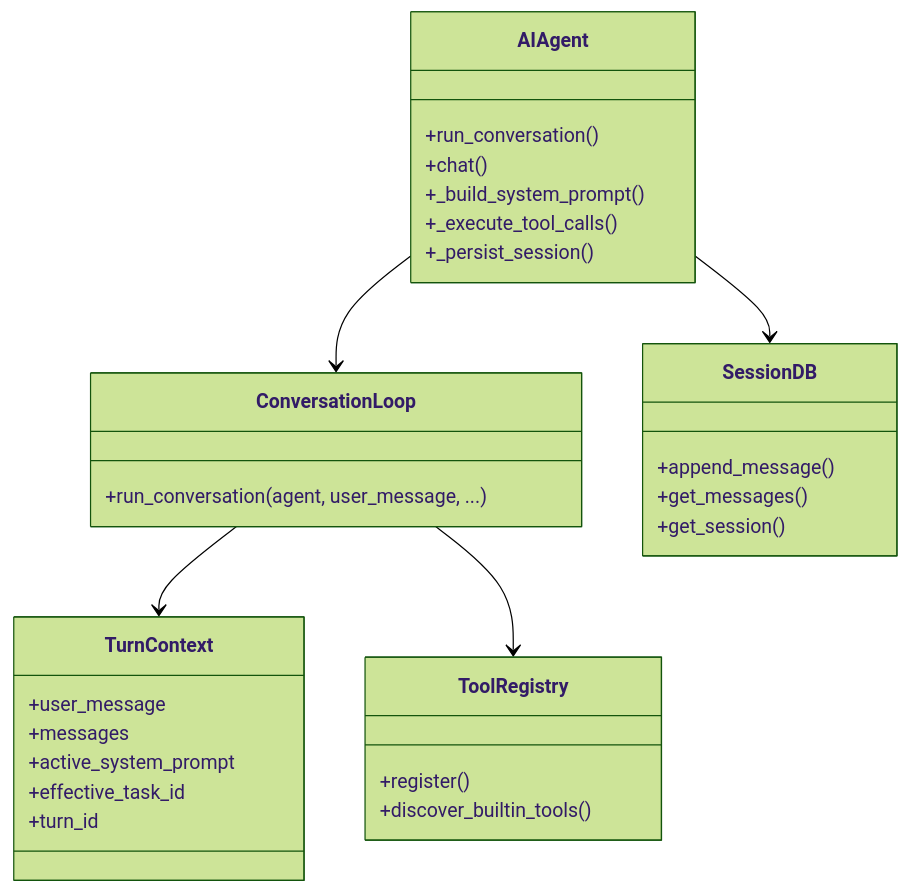
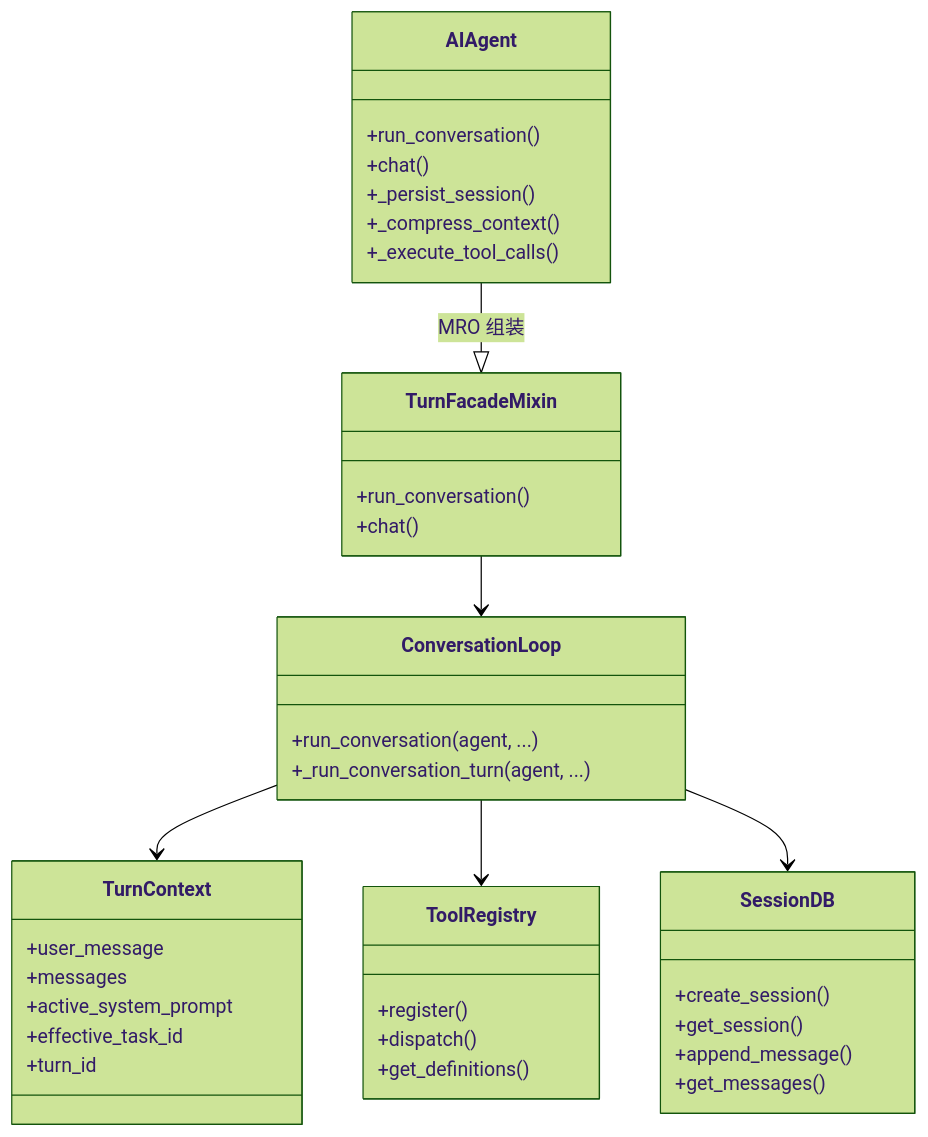
One commit to adrian9778/hermes-agent changed the third of 5 diagrams in docs/sourceReader/04-核心模块与类型关系.md. Above: the diagram before and after it, drawn with Mermaid (forest theme). The commit also changed other lines of this file and 22 other files, not shown here.

````diff
--- a/docs/sourceReader/04-核心模块与类型关系.md
+++ b/docs/sourceReader/04-核心模块与类型关系.md
@@ -124,33 +318,41 @@
 ```mermaid
 classDiagram
     class AIAgent {
         +run_conversation()
         +chat()
-        +_build_system_prompt()
+        +_persist_session()
+        +_compress_context()
         +_execute_tool_calls()
-        +_persist_session()
+    }
+    class TurnFacadeMixin {
+        +run_conversation()
+        +chat()
     }
     class ConversationLoop {
-        +run_conversation(agent, user_message, ...)
+        +run_conversation(agent, ...)
+        +_run_conversation_turn(agent, ...)
     }
     class TurnContext {
         +user_message
         +messages
         +active_system_prompt
         +effective_task_id
         +turn_id
     }
     class ToolRegistry {
         +register()
-        +discover_builtin_tools()
+        +dispatch()
+        +get_definitions()
     }
     class SessionDB {
+        +create_session()
+        +get_session()
         +append_message()
         +get_messages()
-        +get_session()
     }
-    AIAgent --> ConversationLoop
+    AIAgent --|> TurnFacadeMixin : MRO 组装
+    TurnFacadeMixin --> ConversationLoop
     ConversationLoop --> TurnContext
     ConversationLoop --> ToolRegistry
-    AIAgent --> SessionDB
+    ConversationLoop --> SessionDB
 ```
````
